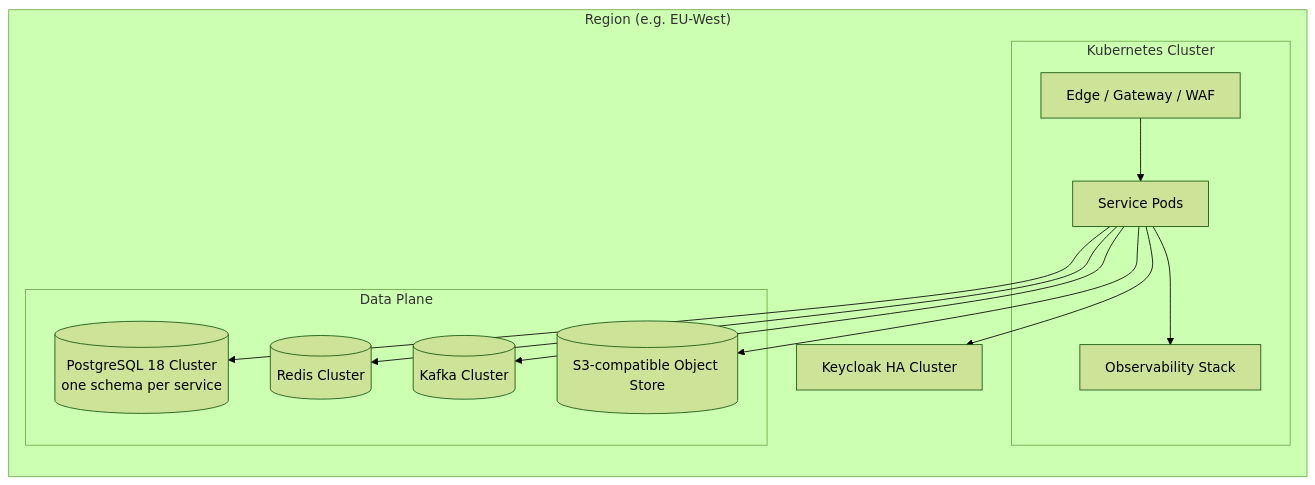
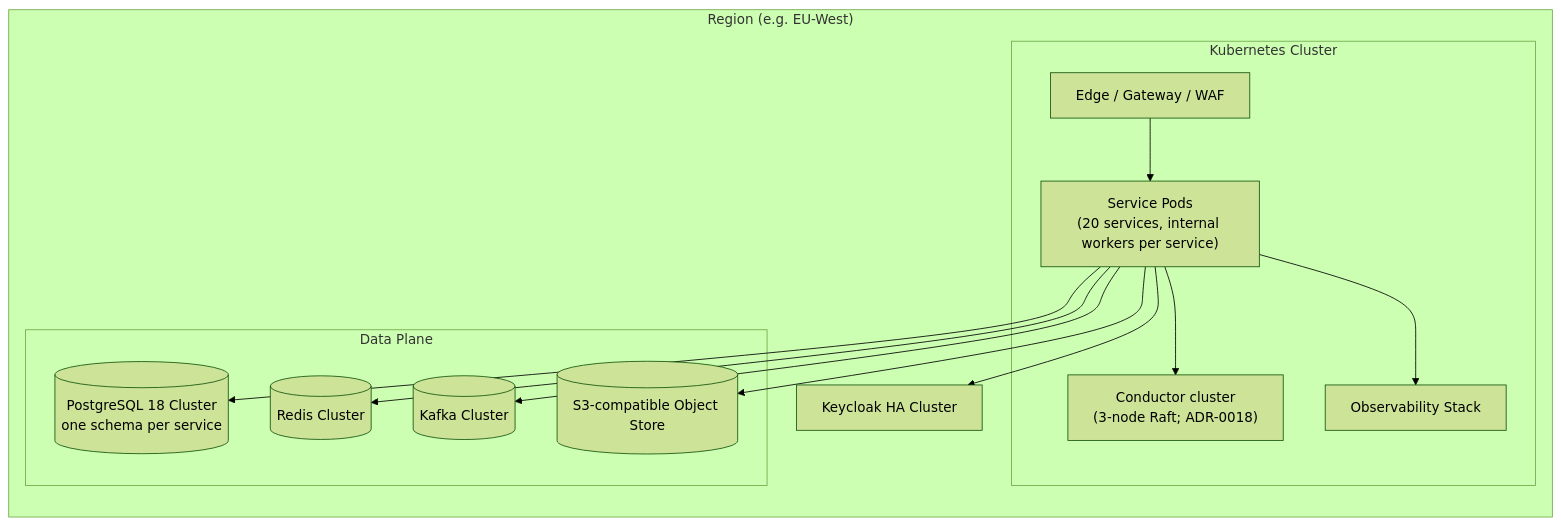
One commit to mohamedhabibwork/trips-enjoy-docs changed the second of 2 diagrams in docs/architecture/SYSTEM_OVERVIEW.md. Above: the diagram before and after it, drawn with Mermaid (forest theme). The commit also changed other lines of this file and 245 other files, not shown here.

````diff
--- a/docs/architecture/SYSTEM_OVERVIEW.md
+++ b/docs/architecture/SYSTEM_OVERVIEW.md
@@ -158,25 +181,27 @@
 ```mermaid
 graph LR
     subgraph Region["Region (e.g. EU-West)"]
         subgraph K8s["Kubernetes Cluster"]
-            EDG[Edge / Gateway / WAF]
-            SVC[Service Pods]
-            OBS[Observability Stack]
+            EDG["Edge / Gateway / WAF"]
+            SVC["Service Pods<br/>(20 services, internal workers per service)"]
+            OBS["Observability Stack"]
+            CDR["Conductor cluster<br/>(3-node Raft; ADR-0018)"]
         end
         subgraph Data["Data Plane"]
-            PG[(PostgreSQL 18 Cluster<br/>one schema per service)]
-            RD[(Redis Cluster)]
-            MQ[(Kafka Cluster)]
-            S3[(S3-compatible Object Store)]
+            PG[("PostgreSQL 18 Cluster<br/>one schema per service")]
+            RD[("Redis Cluster")]
+            MQ[("Kafka Cluster")]
+            S3[("S3-compatible Object Store")]
         end
-        IDP[Keycloak HA Cluster]
+        IDP["Keycloak HA Cluster"]
     end
 
     EDG --> SVC
     SVC --> PG
     SVC --> RD
     SVC --> MQ
     SVC --> S3
+    SVC --> CDR
     SVC --> IDP
     SVC --> OBS
 ```
````
